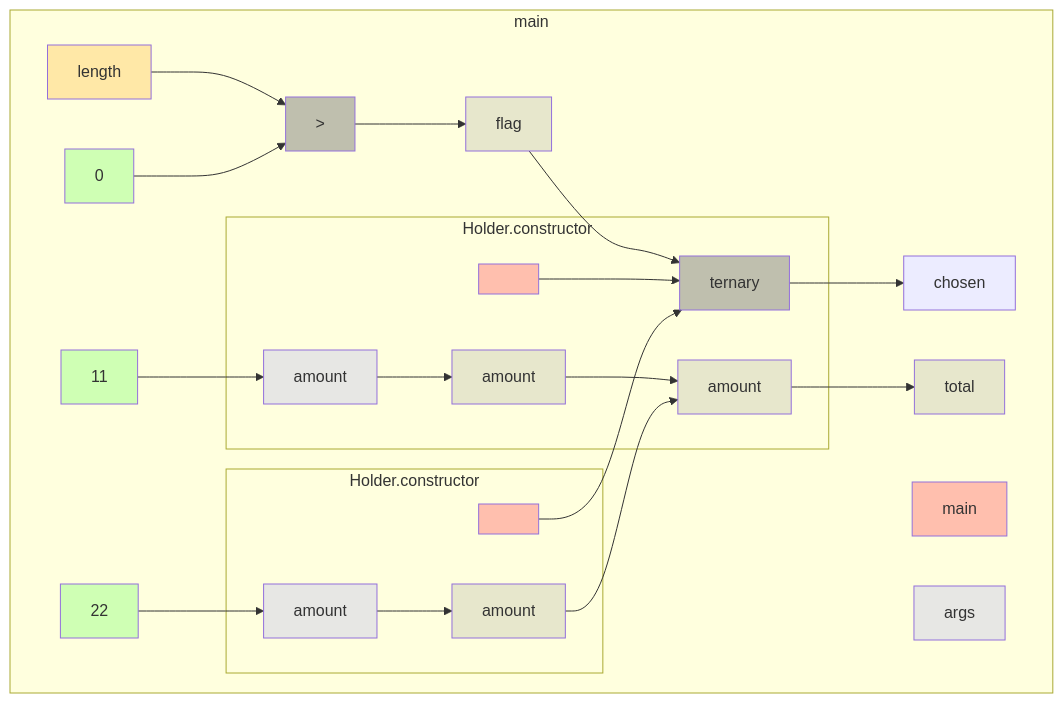
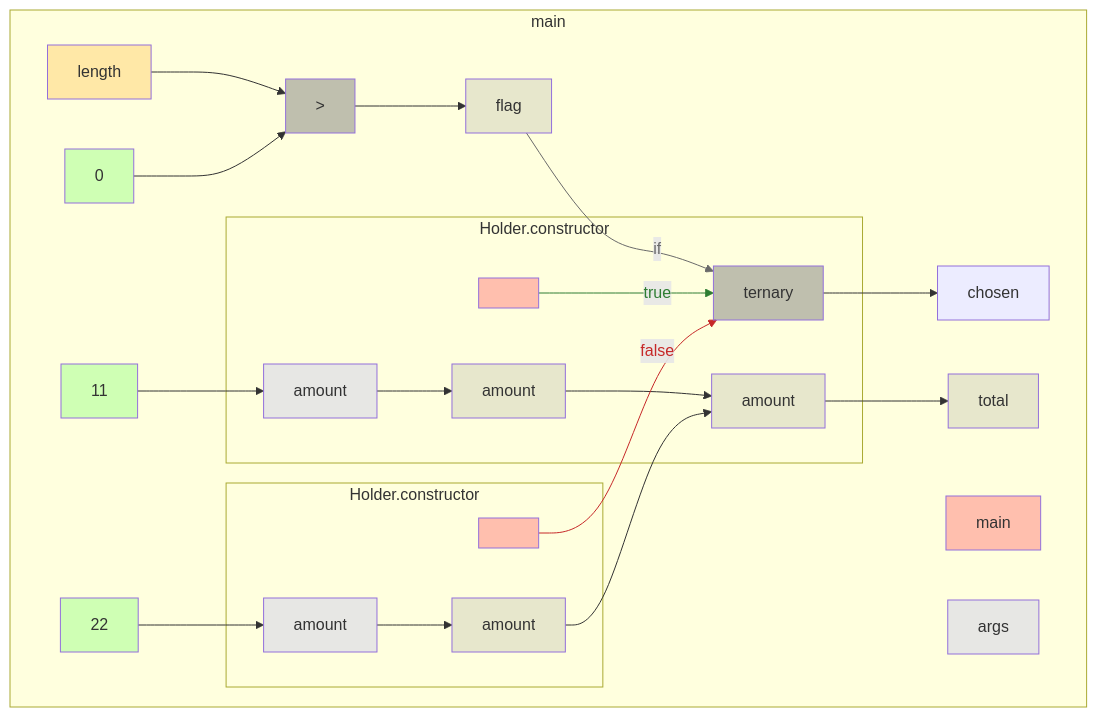
One commit to gstiebler/codeflow changed the diagram in app/src/test/resources/aliasTernary/truth.md. Above: the diagram before and after it, drawn with Mermaid. The commit also changed 18 other files, not shown here.

````diff
--- a/app/src/test/resources/aliasTernary/truth.md
+++ b/app/src/test/resources/aliasTernary/truth.md
@@ -1,48 +1,51 @@
 ```mermaid
 flowchart TD
   subgraph b0["main"]
     n1[main]:::RETURN
     n2[args]:::FUNC_PARAM
     n3[length]:::EXTERNAL
     n4[0]:::LITERAL
     n5[>]:::BIN_OP
     n6[flag]:::VARIABLE
     n7[11]:::LITERAL
     n12[22]:::LITERAL
     n17[ternary]:::BIN_OP
     n18[chosen]:::OBJ_VARIABLE
     n19[amount]:::VARIABLE
     n20[total]:::VARIABLE
     n3[length]:::EXTERNAL --> n5[>]:::BIN_OP
     n4[0]:::LITERAL --> n5[>]:::BIN_OP
     n5[>]:::BIN_OP --> n6[flag]:::VARIABLE
-    n6[flag]:::VARIABLE --> n17[ternary]:::BIN_OP
+    n6[flag]:::VARIABLE -->|if| n17[ternary]:::BIN_OP
     n7[11]:::LITERAL --> n10[amount]:::FUNC_PARAM
     n12[22]:::LITERAL --> n15[amount]:::FUNC_PARAM
     n17[ternary]:::BIN_OP --> n18[chosen]:::OBJ_VARIABLE
     n19[amount]:::VARIABLE --> n20[total]:::VARIABLE
     subgraph b8["Holder.constructor"]
       n9[<init>]:::RETURN
       n10[amount]:::FUNC_PARAM
       n11[amount]:::VARIABLE
-      n9[<init>]:::RETURN --> n17[ternary]:::BIN_OP
+      n9[<init>]:::RETURN -->|true| n17[ternary]:::BIN_OP
       n10[amount]:::FUNC_PARAM --> n11[amount]:::VARIABLE
       n11[amount]:::VARIABLE --> n19[amount]:::VARIABLE
     end
     subgraph b13["Holder.constructor"]
       n14[<init>]:::RETURN
       n15[amount]:::FUNC_PARAM
       n16[amount]:::VARIABLE
-      n14[<init>]:::RETURN --> n17[ternary]:::BIN_OP
+      n14[<init>]:::RETURN -->|false| n17[ternary]:::BIN_OP
       n15[amount]:::FUNC_PARAM --> n16[amount]:::VARIABLE
       n16[amount]:::VARIABLE --> n19[amount]:::VARIABLE
     end
   end
+  linkStyle 3 stroke:#6a6a6a,color:#6a6a6a
+  linkStyle 8 stroke:#2e7d32,color:#2e7d32
+  linkStyle 11 stroke:#c62828,color:#c62828
   classDef LITERAL fill:#00FF0030
   classDef VARIABLE fill:#80808030
   classDef BIN_OP fill:#80808080
   classDef FUNC_PARAM fill:#8080FF30
   classDef RETURN fill:#FF808080
   classDef EXTERNAL fill:#FFA50040
   classDef UNMODELLED fill:#FF000030,stroke-dasharray: 4 2
 ```
````
